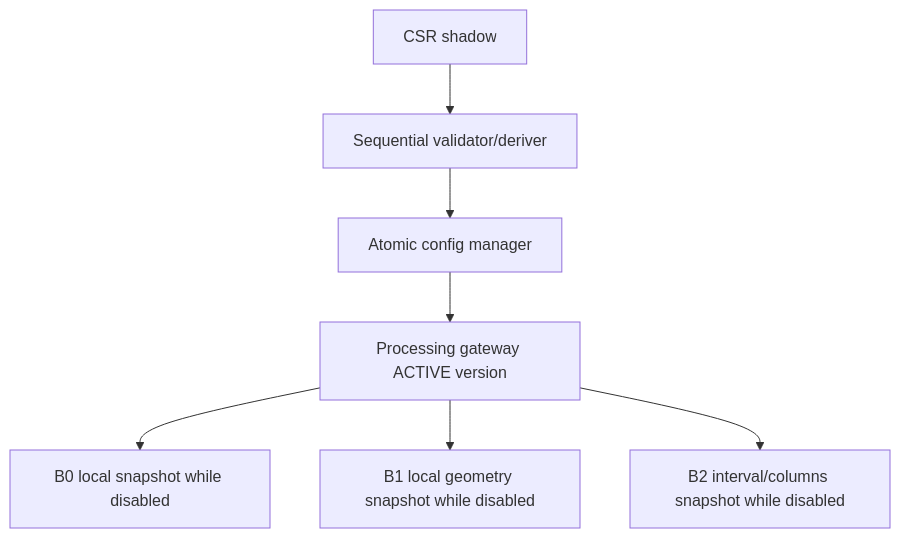
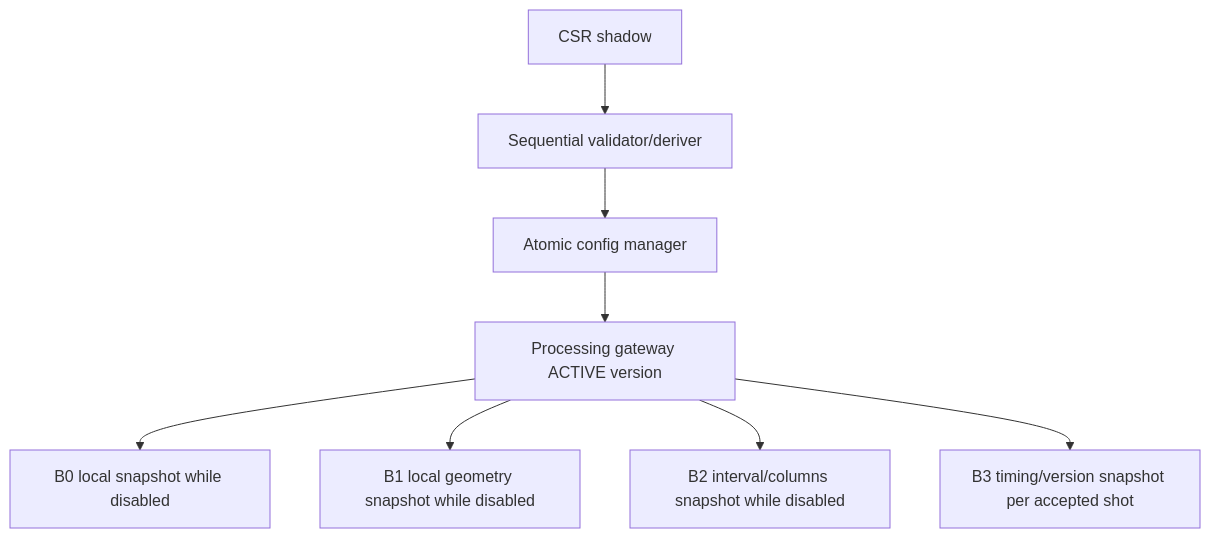
The third of 6 diagrams in system_integration/v2_architecture/V2_PROCESSING_PIPELINE_INTEGRATION_GUIDE.md (haneulia/tdc_gpx_ctrl), drawn with Mermaid before and after one commit. The commit also changed other lines of this file and 18 other files, not shown here.

````diff
--- a/system_integration/v2_architecture/V2_PROCESSING_PIPELINE_INTEGRATION_GUIDE.md
+++ b/system_integration/v2_architecture/V2_PROCESSING_PIPELINE_INTEGRATION_GUIDE.md
@@ -156,9 +173,10 @@
 ```mermaid
 flowchart TB
     S["CSR shadow"] --> C["Sequential validator/deriver"]
     C --> M["Atomic config manager"]
     M --> G["Processing gateway ACTIVE version"]
     G --> B0["B0 local snapshot while disabled"]
     G --> B1["B1 local geometry snapshot while disabled"]
     G --> B2["B2 interval/columns snapshot while disabled"]
+    G --> B3["B3 timing/version snapshot per accepted shot"]
 ```
````
